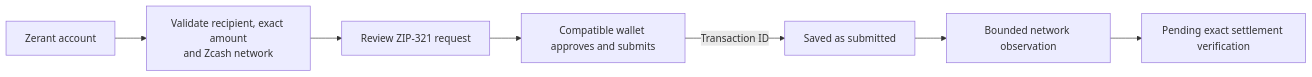
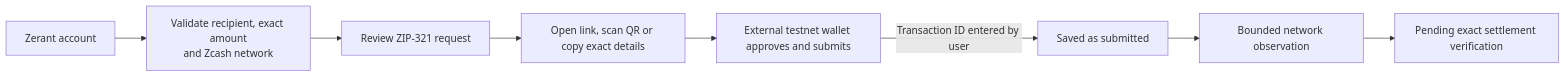
One commit to Oluwa-Laughter/zerant-protocol changed the second of 3 diagrams in README.md. Above: the diagram before and after it, drawn with Mermaid. The commit also changed other lines of this file and 17 other files, not shown here.

````diff
--- a/README.md
+++ b/README.md
@@ -25,9 +25,10 @@
 ```mermaid
 flowchart LR
     A[Zerant account] --> P[Validate recipient, exact amount<br/>and Zcash network]
     P --> R[Review ZIP-321 request]
-    R --> W[Compatible wallet approves and submits]
-    W -->|Transaction ID| S[Saved as submitted]
+    R --> H[Open link, scan QR or copy exact details]
+    H --> W[External testnet wallet approves and submits]
+    W -->|Transaction ID entered by user| S[Saved as submitted]
     S --> N[Bounded network observation]
     N --> Q[Pending exact settlement verification]
 ```
````
